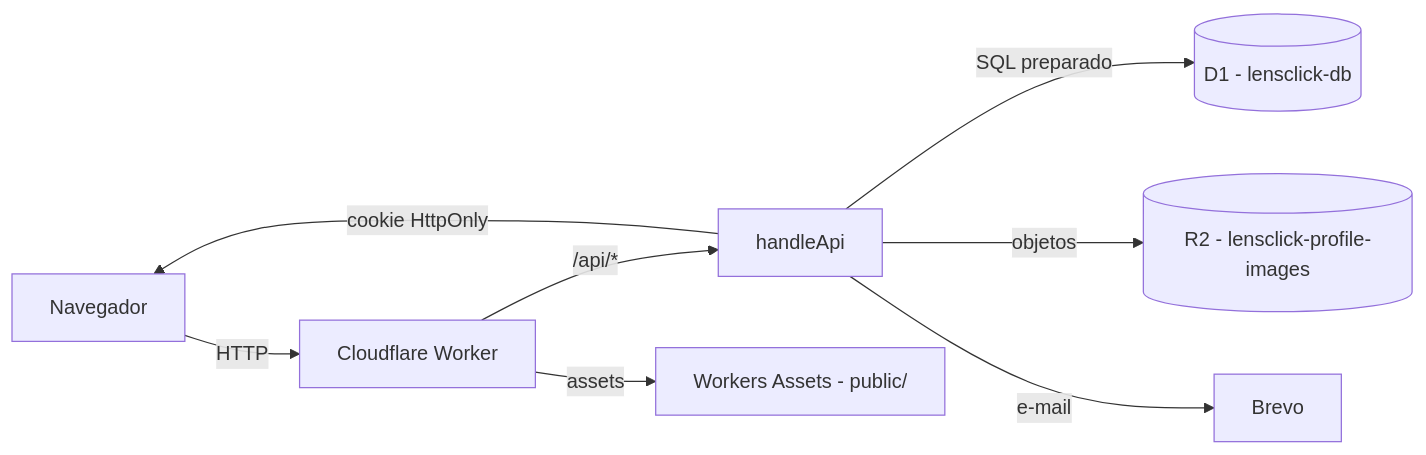
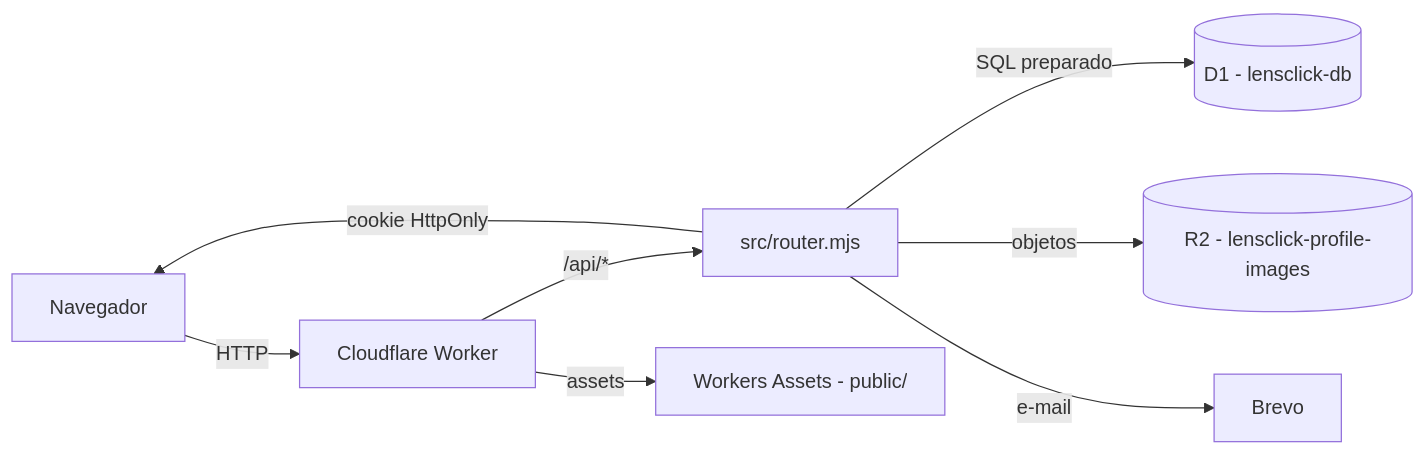
Before and after one commit to Renato1909/LensClick: the diagram in docs/CONTEXTO_PROJETO.md, drawn with Mermaid. The commit also changed other lines of this file and 9 other files, not shown here.

````diff
--- a/docs/CONTEXTO_PROJETO.md
+++ b/docs/CONTEXTO_PROJETO.md
@@ -55,10 +55,10 @@
 ```mermaid
 flowchart LR
     N[Navegador] -->|HTTP| W[Cloudflare Worker]
-    W -->|/api/*| API[handleApi]
+    W -->|/api/*| API[src/router.mjs]
     W -->|assets| A[Workers Assets - public/]
     API -->|SQL preparado| D1[(D1 - lensclick-db)]
     API -->|objetos| R2[(R2 - lensclick-profile-images)]
     API -->|e-mail| BREVO[Brevo]
     API -->|cookie HttpOnly| N
 ```
````
